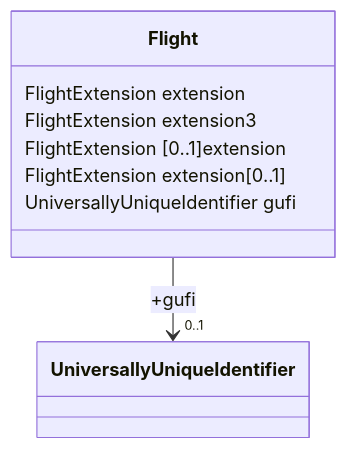
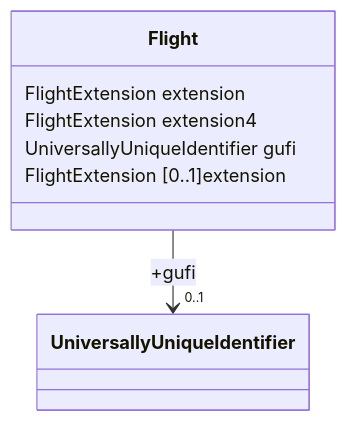
The second of 4 diagrams in docs/fixm/FIXM_UML_in_mermaid.md (du-lapin/test_docsify), drawn with Mermaid before and after one commit.

````diff
--- a/docs/fixm/FIXM_UML_in_mermaid.md
+++ b/docs/fixm/FIXM_UML_in_mermaid.md
@@ -24,11 +24,10 @@
 ```mermaid
 classDiagram
 class Flight{
 FlightExtension extension
-FlightExtension extension3
-FlightExtension [0..1]extension
-FlightExtension extension[0..1]
+FlightExtension extension4
 UniversallyUniqueIdentifier gufi
 }
+Flight : FlightExtension [0..1]extension
 Flight --> "0..1"  UniversallyUniqueIdentifier : +gufi
 ```
````
